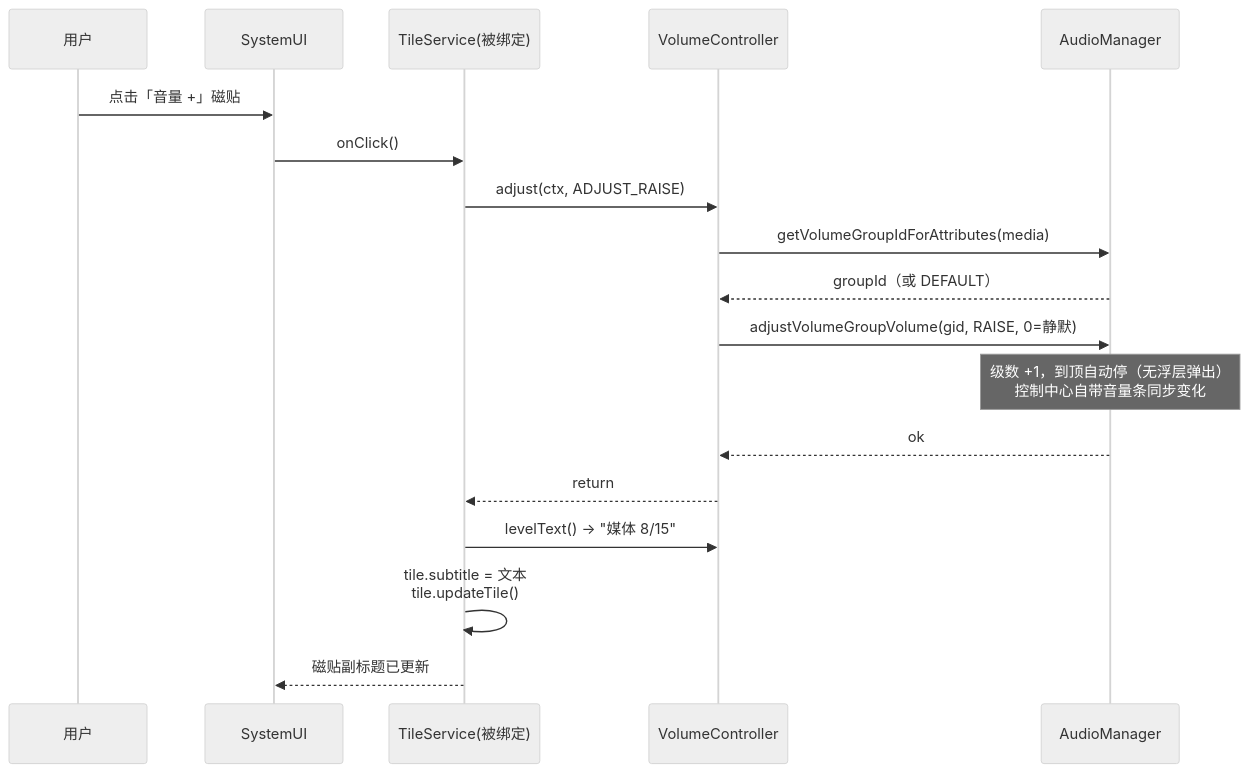
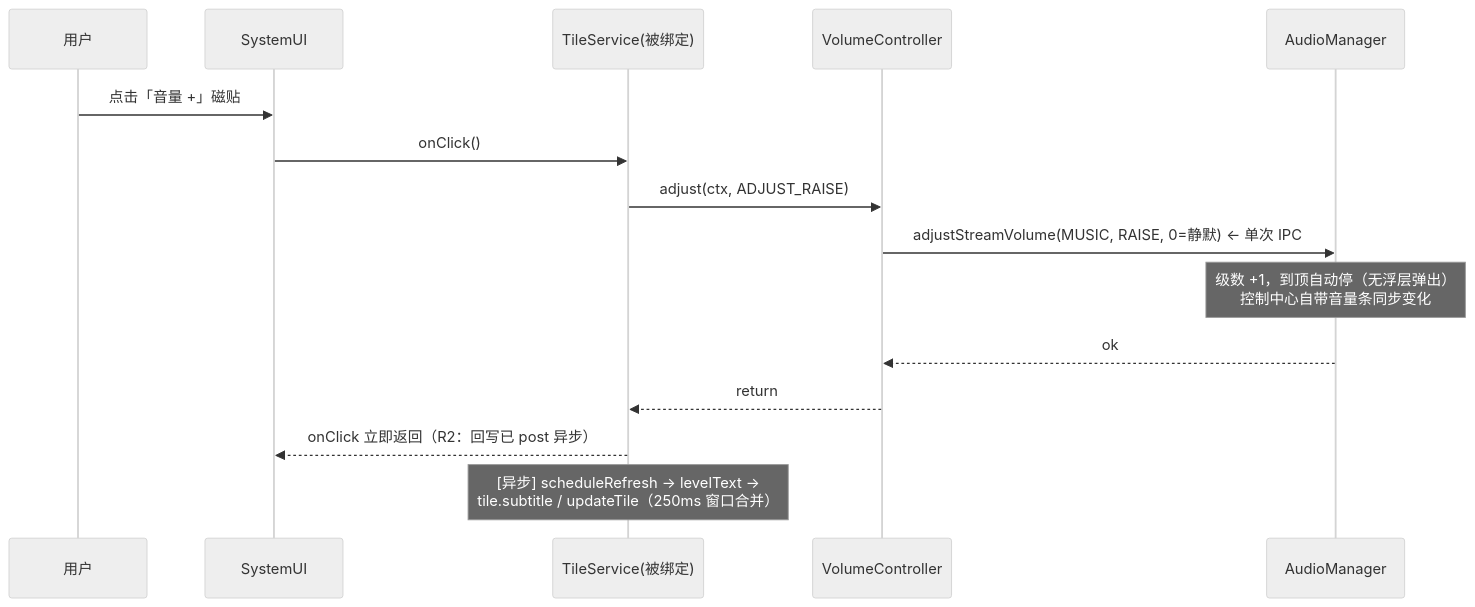
Before and after one commit to ExcuseLme/VolumeTile: the second of 2 diagrams in docs/design.md, drawn with Mermaid (neutral theme). The commit also changed other lines of this file and 6 other files, not shown here.

First line of the commit message:
perf(v1.2): single-IPC volume adjust, async tile write-back (R1/R2/R4)

````diff
--- a/docs/design.md
+++ b/docs/design.md
@@ -317,21 +304,18 @@
 ```mermaid
 sequenceDiagram
     participant U as 用户
     participant S as SystemUI
     participant T as TileService(被绑定)
     participant C as VolumeController
     participant A as AudioManager
 
     U->>S: 点击「音量 +」磁贴
     S->>T: onClick()
     T->>C: adjust(ctx, ADJUST_RAISE)
-    C->>A: getVolumeGroupIdForAttributes(media)
-    A-->>C: groupId（或 DEFAULT）
-    C->>A: adjustVolumeGroupVolume(gid, RAISE, 0=静默)
+    C->>A: adjustStreamVolume(MUSIC, RAISE, 0=静默)   ← 单次 IPC
     Note over A: 级数 +1，到顶自动停（无浮层弹出）<br/>控制中心自带音量条同步变化
     A-->>C: ok
     C-->>T: return
-    T->>C: levelText() → "媒体 8/15"
-    T->>T: tile.subtitle = 文本<br/>tile.updateTile()
-    T-->>S: 磁贴副标题已更新
+    T-->>S: onClick 立即返回（R2：回写已 post 异步）
+    Note over T: [异步] scheduleRefresh → levelText →<br/>tile.subtitle / updateTile（250ms 窗口合并）
 ```
````
